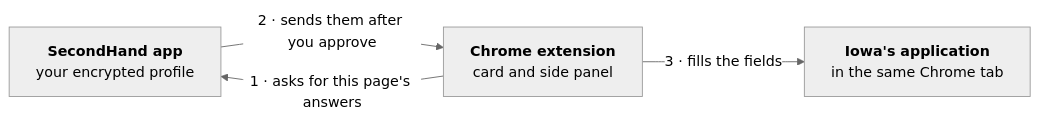
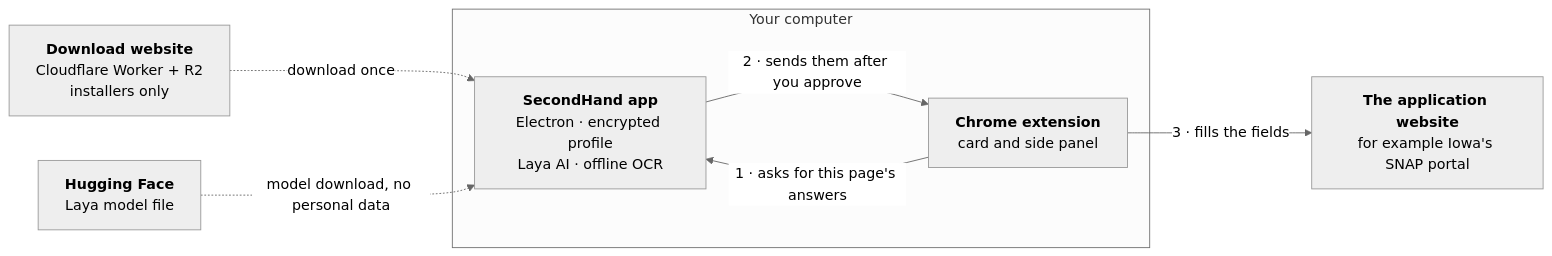
Before and after one commit to ethanpam/SecondHand: the diagram in README.md, drawn with Mermaid (neutral theme). The commit also changed other lines of this file and 1 other file, not shown here.

First line of the commit message:
docs: rewrite the README as a guide for people new to SecondHand

````diff
--- a/README.md
+++ b/README.md
@@ -57,9 +159,15 @@
 ```mermaid
 flowchart LR
-  app["<b>SecondHand app</b><br/>your encrypted profile"]
-  ext["<b>Chrome extension</b><br/>card and side panel"]
-  portal["<b>Iowa's application</b><br/>in the same Chrome tab"]
+  subgraph computer["Your computer"]
+    app["<b>SecondHand app</b><br/>Electron · encrypted profile<br/>Laya AI · offline OCR"]
+    ext["<b>Chrome extension</b><br/>card and side panel"]
+  end
+  portal["<b>The application website</b><br/>for example Iowa's SNAP portal"]
+  site["<b>Download website</b><br/>Cloudflare Worker + R2<br/>installers only"]
+  hf["<b>Hugging Face</b><br/>Laya model file"]
   ext -- "1 · asks for this page's answers" --> app
   app -- "2 · sends them after you approve" --> ext
   ext -- "3 · fills the fields" --> portal
+  site -. "download once" .-> app
+  hf -. "model download, no personal data" .-> app
 ```
````
